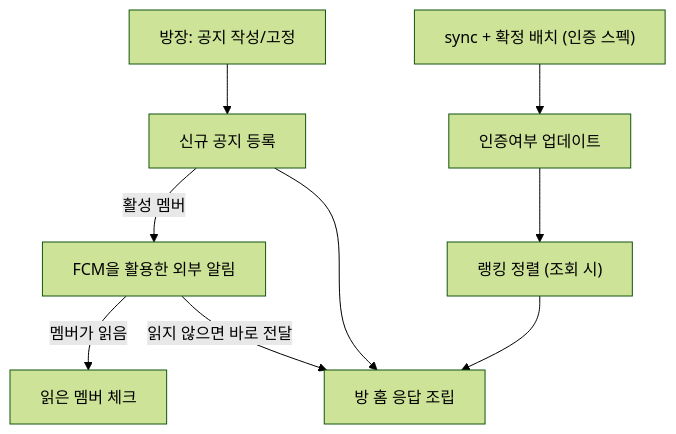
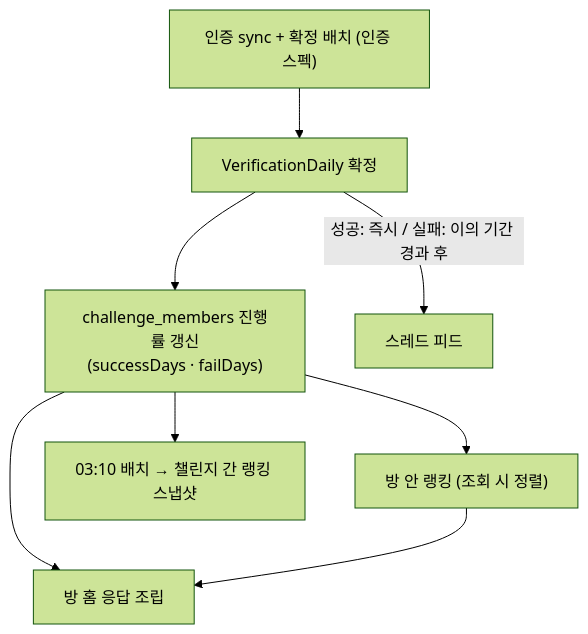
One commit to RuleUp-ASM/Backend changed the first of 3 diagrams in docs/manage/챌린지공지_방내부기능_테크스펙.md. Above: the diagram before and after it, drawn with Mermaid (forest theme). The commit also changed other lines of this file and 7 other files, not shown here.

````diff
--- a/docs/manage/챌린지공지_방내부기능_테크스펙.md
+++ b/docs/manage/챌린지공지_방내부기능_테크스펙.md
@@ -44,11 +59,10 @@
 ```mermaid
 flowchart TD
-    OWN["방장: 공지 작성/고정"] --> NT["신규 공지 등록"]
-    NT -->|"활성 멤버"| MEM["FCM을 활용한 외부 알림"]
-    MEM -->|"멤버가 읽음"| RD["읽은 멤버 체크"]
-    SYNC["sync + 확정 배치 (인증 스펙)"] --> CM["인증여부 업데이트"]
-    CM --> RANK["랭킹 정렬 (조회 시)"]
-    NT --> ROOM["방 홈 응답 조립"]
+    SYNC["인증 sync + 확정 배치 (인증 스펙)"] --> VD["VerificationDaily 확정"]
+    VD --> CM["challenge_members 진행률 갱신<br/>(successDays · failDays)"]
+    VD -->|"성공: 즉시 / 실패: 이의 기간 경과 후"| TH["스레드 피드"]
+    CM --> RANK["방 안 랭킹 (조회 시 정렬)"]
+    CM --> SNAP["03:10 배치 → 챌린지 간 랭킹 스냅샷"]
+    CM --> ROOM["방 홈 응답 조립"]
     RANK --> ROOM
-    MEM -->|"읽지 않으면 바로 전달"| ROOM
 ```
````
